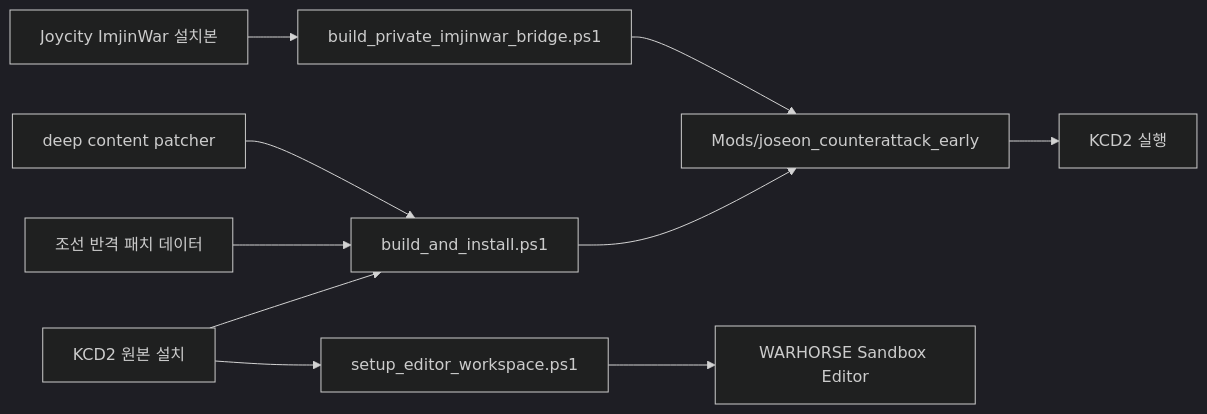
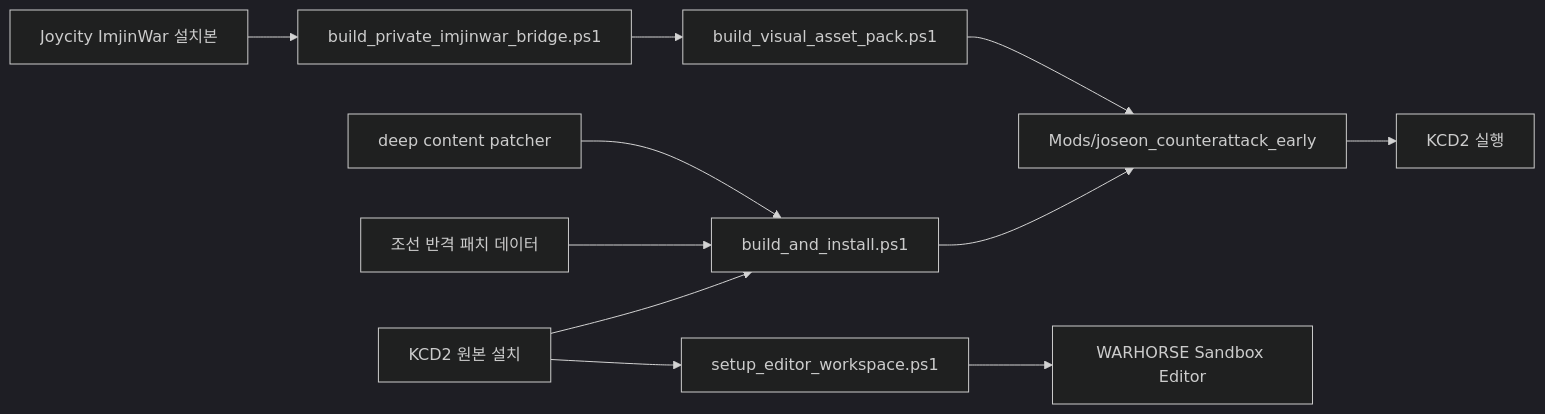
The diagram in imjin-war-joseon-counterattack-story-lab/README.md (sinmb79/kcd2-joseon-counterattack-mod), drawn with Mermaid (dark theme) before and after one commit. The commit also changed other lines of this file and 11 other files, not shown here.

Commit message:
Add Joseon visual asset pack

````diff
--- a/imjin-war-joseon-counterattack-story-lab/README.md
+++ b/imjin-war-joseon-counterattack-story-lab/README.md
@@ -57,12 +58,13 @@
 ```mermaid
 flowchart LR
   A["KCD2 원본 설치"] --> B["build_and_install.ps1"]
   C["조선 반격 패치 데이터"] --> B
   J["deep content patcher"] --> B
   B --> D["Mods/joseon_counterattack_early"]
   D --> E["KCD2 실행"]
   A --> F["setup_editor_workspace.ps1"]
   F --> G["WARHORSE Sandbox Editor"]
   H["Joycity ImjinWar 설치본"] --> I["build_private_imjinwar_bridge.ps1"]
-  I --> D
+  I --> K["build_visual_asset_pack.ps1"]
+  K --> D
 ```
````
